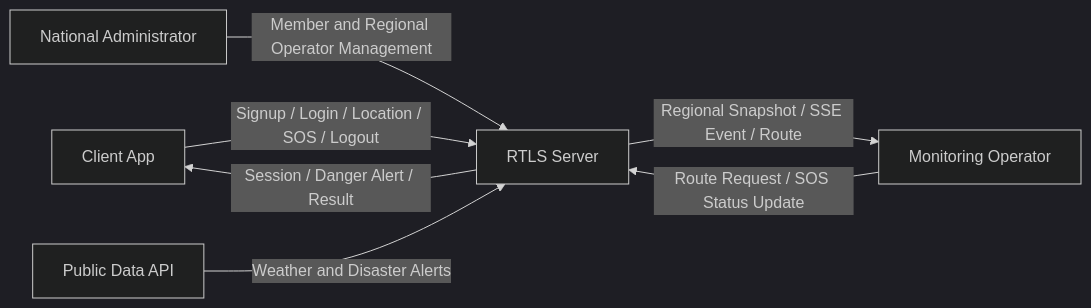
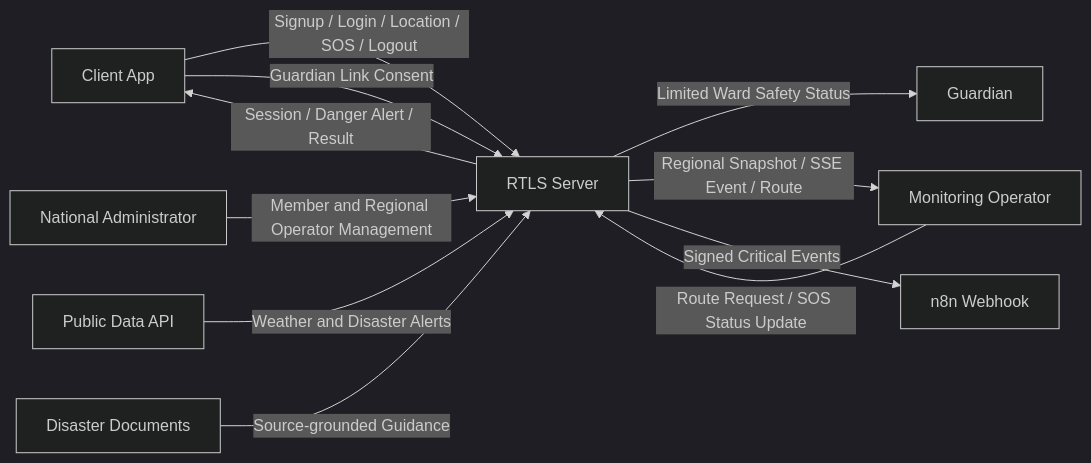
Before and after one commit to xweoze/real-time-monitoring-system: the diagram in Conceptualization_22212023_김지훈.md, drawn with Mermaid (dark theme). The commit also changed other lines of this file and 38 other files, not shown here.

````diff
--- a/Conceptualization_22212023_김지훈.md
+++ b/Conceptualization_22212023_김지훈.md
@@ -200,15 +217,22 @@
 ```mermaid
 flowchart LR
     Client[Client App]
+    Guardian[Guardian]
     Server[RTLS Server]
     Monitor[Monitoring Operator]
     Admin[National Administrator]
     PublicData[Public Data API]
+    N8N[n8n Webhook]
+    Knowledge[Disaster Documents]
 
     Client -->|Signup / Login / Location / SOS / Logout| Server
     Server -->|Session / Danger Alert / Result| Client
+    Client -->|Guardian Link Consent| Server
+    Server -->|Limited Ward Safety Status| Guardian
     Server -->|Regional Snapshot / SSE Event / Route| Monitor
     Monitor -->|Route Request / SOS Status Update| Server
     Admin -->|Member and Regional Operator Management| Server
     PublicData -->|Weather and Disaster Alerts| Server
+    Server -->|Signed Critical Events| N8N
+    Knowledge -->|Source-grounded Guidance| Server
 ```
````
